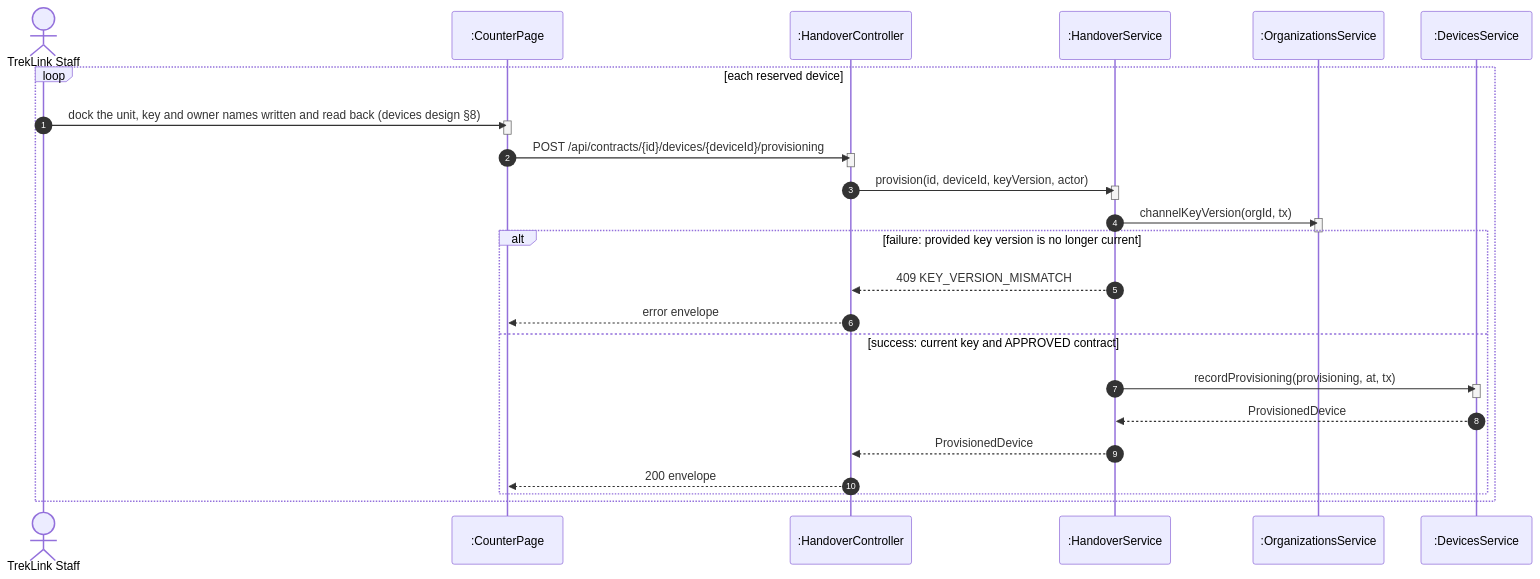
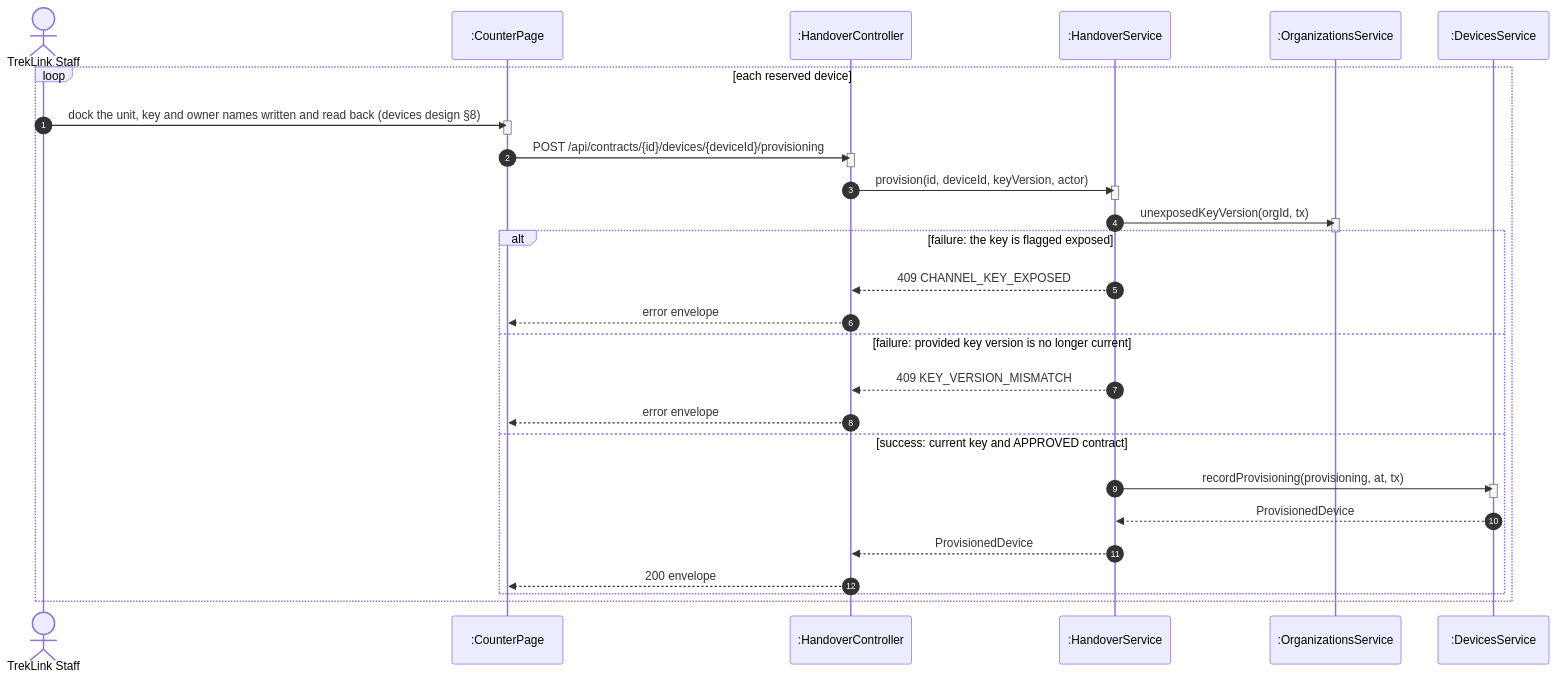
Diagram 19 of 29 in specs/rentals/design.md (TrekLink-Team/treklink-web), drawn with Mermaid before and after one commit. The commit also changed other lines of this file and 12 other files, not shown here.

````diff
--- a/specs/rentals/design.md
+++ b/specs/rentals/design.md
@@ -840,35 +842,38 @@
 ```mermaid
 sequenceDiagram
     autonumber
     actor St as TrekLink Staff
     participant P as :CounterPage
     participant C as :HandoverController
     participant H as :HandoverService
     participant O as :OrganizationsService
     participant D as :DevicesService
     loop each reserved device
         St->>P: dock the unit, key and owner names written and read back (devices design §8)
         activate P
         deactivate P
         P->>C: POST /api/contracts/{id}/devices/{deviceId}/provisioning
         activate C
         deactivate C
         C->>H: provision(id, deviceId, keyVersion, actor)
         activate H
         deactivate H
-        H->>O: channelKeyVersion(orgId, tx)
+        H->>O: unexposedKeyVersion(orgId, tx)
         activate O
         deactivate O
-        alt failure: provided key version is no longer current
+        alt failure: the key is flagged exposed
+            H-->>C: 409 CHANNEL_KEY_EXPOSED
+            C-->>P: error envelope
+        else failure: provided key version is no longer current
             H-->>C: 409 KEY_VERSION_MISMATCH
             C-->>P: error envelope
         else success: current key and APPROVED contract
             H->>D: recordProvisioning(provisioning, at, tx)
             activate D
             deactivate D
             D-->>H: ProvisionedDevice
             H-->>C: ProvisionedDevice
             C-->>P: 200 envelope
         end
     end
 ```
````
